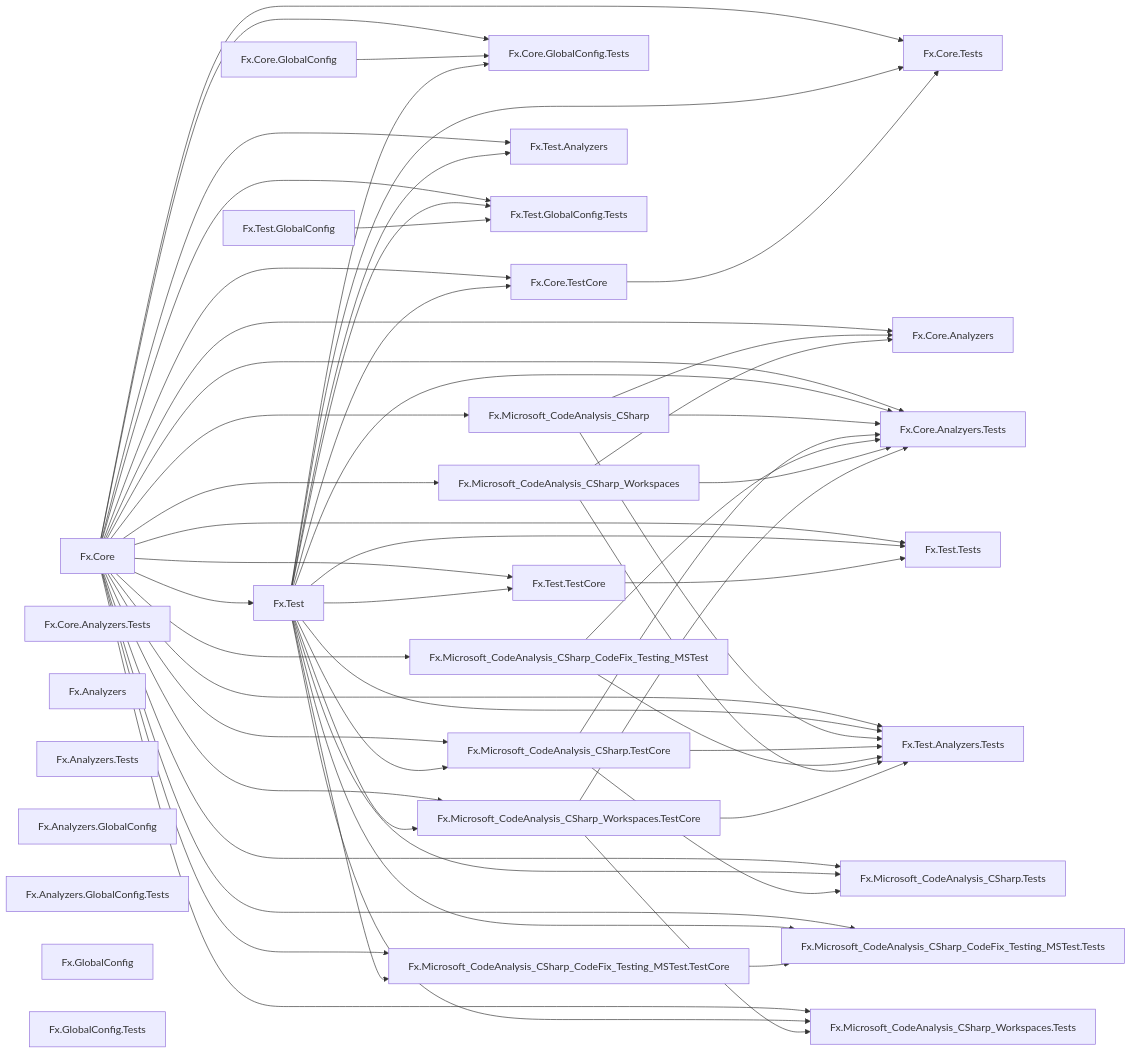
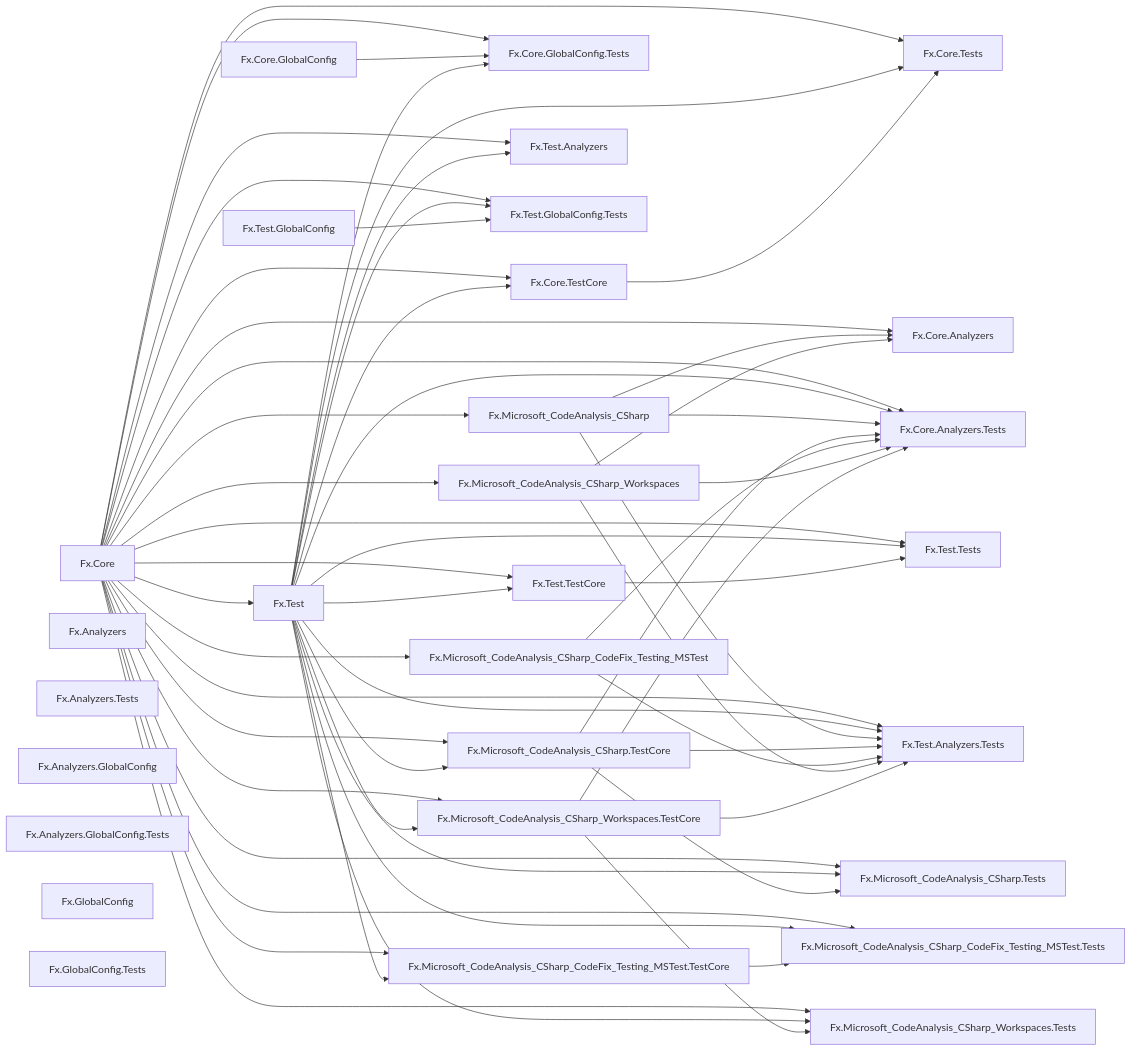
Before and after one commit to ravudet/Fx.Core: the diagram in graph.md, drawn with Mermaid.

```diff
--- a/graph.md
+++ b/graph.md
@@ -41,13 +41,13 @@
 	Fx.Microsoft_CodeAnalysis_CSharp --> Fx.Core.Analyzers
 	Fx.Microsoft_CodeAnalysis_CSharp_Workspaces --> Fx.Core.Analyzers
 
-	Fx.Core --> Fx.Core.Analzyers.Tests
-	Fx.Test --> Fx.Core.Analzyers.Tests
-	Fx.Microsoft_CodeAnalysis_CSharp --> Fx.Core.Analzyers.Tests
-	Fx.Microsoft_CodeAnalysis_CSharp.TestCore --> Fx.Core.Analzyers.Tests
-	Fx.Microsoft_CodeAnalysis_CSharp_CodeFix_Testing_MSTest --> Fx.Core.Analzyers.Tests
-	Fx.Microsoft_CodeAnalysis_CSharp_Workspaces --> Fx.Core.Analzyers.Tests
-	Fx.Microsoft_CodeAnalysis_CSharp_Workspaces.TestCore --> Fx.Core.Analzyers.Tests
+	Fx.Core --> Fx.Core.Analyzers.Tests
+	Fx.Test --> Fx.Core.Analyzers.Tests
+	Fx.Microsoft_CodeAnalysis_CSharp --> Fx.Core.Analyzers.Tests
+	Fx.Microsoft_CodeAnalysis_CSharp.TestCore --> Fx.Core.Analyzers.Tests
+	Fx.Microsoft_CodeAnalysis_CSharp_CodeFix_Testing_MSTest --> Fx.Core.Analyzers.Tests
+	Fx.Microsoft_CodeAnalysis_CSharp_Workspaces --> Fx.Core.Analyzers.Tests
+	Fx.Microsoft_CodeAnalysis_CSharp_Workspaces.TestCore --> Fx.Core.Analyzers.Tests
 
 	Fx.Core -->  Fx.Core.GlobalConfig.Tests
 	Fx.Core.GlobalConfig --> Fx.Core.GlobalConfig.Tests
```
